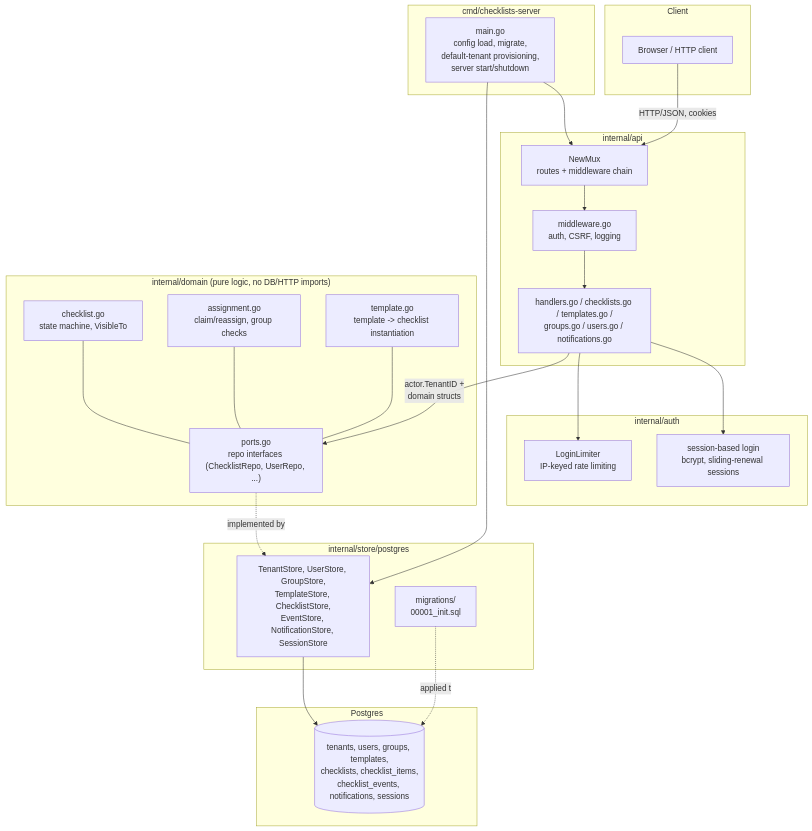
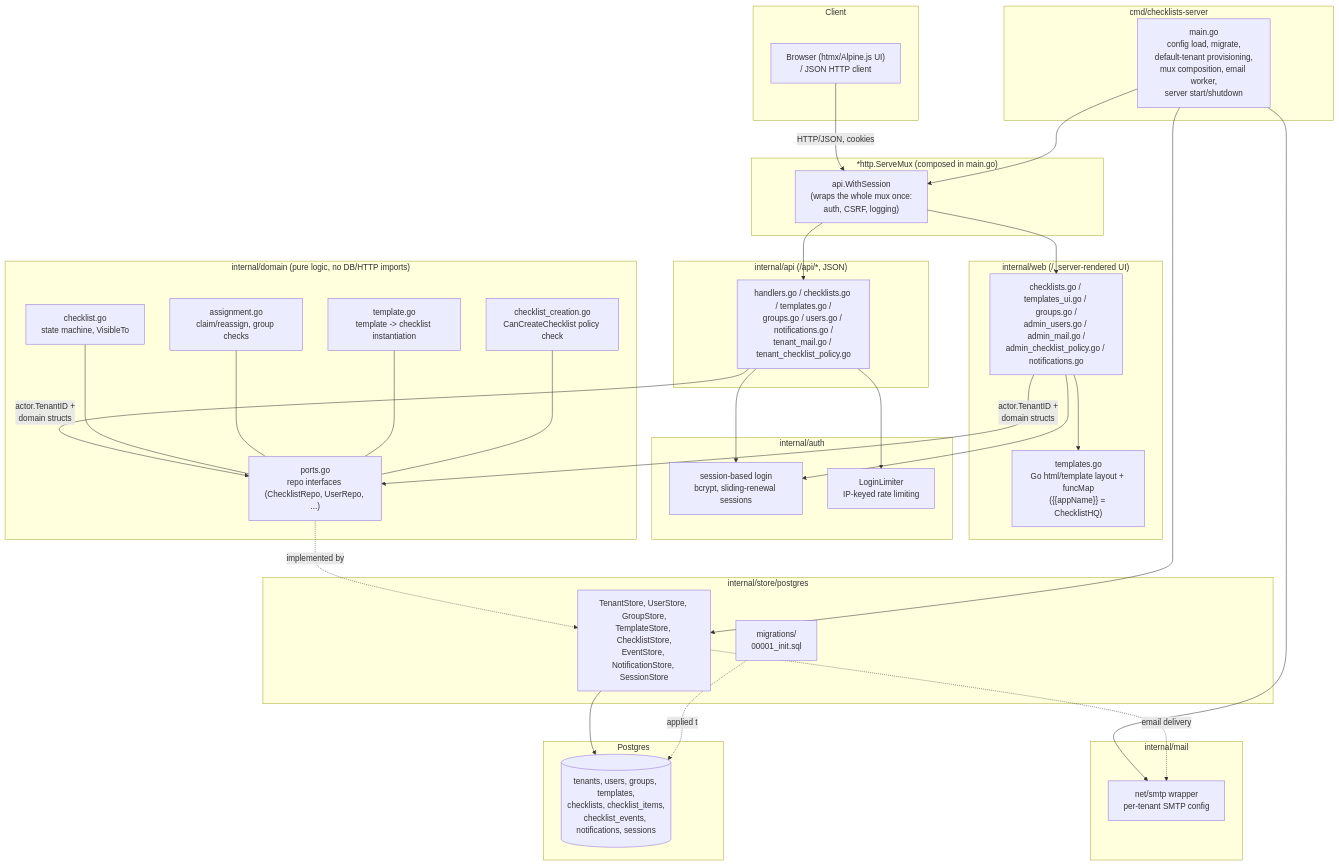
One commit to mkandel/go-checklists changed the first of 3 diagrams in docs/architecture.md. Above: the diagram before and after it, drawn with Mermaid. The commit also changed other lines of this file and 81 other files, not shown here.

````diff
--- a/docs/architecture.md
+++ b/docs/architecture.md
@@ -10,51 +10,70 @@
 ```mermaid
 flowchart TB
     subgraph client["Client"]
-        browser["Browser / HTTP client"]
+        browser["Browser (htmx/Alpine.js UI)\n/ JSON HTTP client"]
     end
 
     subgraph cmd["cmd/checklists-server"]
-        main["main.go\nconfig load, migrate,\ndefault-tenant provisioning,\nserver start/shutdown"]
+        main["main.go\nconfig load, migrate,\ndefault-tenant provisioning,\nmux composition, email worker,\nserver start/shutdown"]
     end
 
-    subgraph api["internal/api"]
-        mux["NewMux\nroutes + middleware chain"]
-        middleware["middleware.go\nauth, CSRF, logging"]
-        handlers["handlers.go / checklists.go / templates.go /\ngroups.go / users.go / notifications.go"]
+    subgraph mux["*http.ServeMux (composed in main.go)"]
+        withsession["api.WithSession\n(wraps the whole mux once:\nauth, CSRF, logging)"]
+    end
+
+    subgraph api["internal/api  (/api/*, JSON)"]
+        apihandlers["handlers.go / checklists.go / templates.go /\ngroups.go / users.go / notifications.go /\ntenant_mail.go / tenant_checklist_policy.go"]
+    end
+
+    subgraph web["internal/web  (/, server-rendered UI)"]
+        webhandlers["checklists.go / templates_ui.go / groups.go /\nadmin_users.go / admin_mail.go /\nadmin_checklist_policy.go / notifications.go"]
+        tmpl["templates.go\nGo html/template layout + funcMap\n({{appName}} = ChecklistHQ)"]
     end
 
     subgraph authpkg["internal/auth"]
         session["session-based login\nbcrypt, sliding-renewal sessions"]
         limiter["LoginLimiter\nIP-keyed rate limiting"]
     end
 
+    subgraph mailpkg["internal/mail"]
+        smtp["net/smtp wrapper\nper-tenant SMTP config"]
+    end
+
     subgraph domain["internal/domain (pure logic, no DB/HTTP imports)"]
         checklist["checklist.go\nstate machine, VisibleTo"]
         assignment["assignment.go\nclaim/reassign, group checks"]
         template["template.go\ntemplate -> checklist instantiation"]
+        checklistcreation["checklist_creation.go\nCanCreateChecklist policy check"]
         ports["ports.go\nrepo interfaces (ChecklistRepo, UserRepo, ...)"]
     end
 
     subgraph store["internal/store/postgres"]
         repos["TenantStore, UserStore, GroupStore,\nTemplateStore, ChecklistStore,\nEventStore, NotificationStore, SessionStore"]
         migrations["migrations/\n00001_init.sql"]
     end
 
     subgraph db["Postgres"]
         tables[("tenants, users, groups, templates,\nchecklists, checklist_items,\nchecklist_events, notifications, sessions")]
     end
 
-    browser -->|HTTP/JSON, cookies| mux
-    mux --> middleware --> handlers
-    handlers --> session
-    handlers --> limiter
-    handlers -->|actor.TenantID +\ndomain structs| ports
+    browser -->|HTTP/JSON, cookies| withsession
+    withsession --> apihandlers
+    withsession --> webhandlers
+    webhandlers --> tmpl
+    apihandlers --> session
+    webhandlers --> session
+    apihandlers --> limiter
+    apihandlers -->|actor.TenantID +\ndomain structs| ports
+    webhandlers -->|actor.TenantID +\ndomain structs| ports
     ports -.implemented by.-> repos
     checklist --- ports
     assignment --- ports
     template --- ports
+    checklistcreation --- ports
     repos --> tables
     migrations -.applied to.-> tables
-    main --> mux
+    main --> withsession
     main --> repos
+    main --> smtp
+    repos -.email delivery.-> smtp
 ```
````
